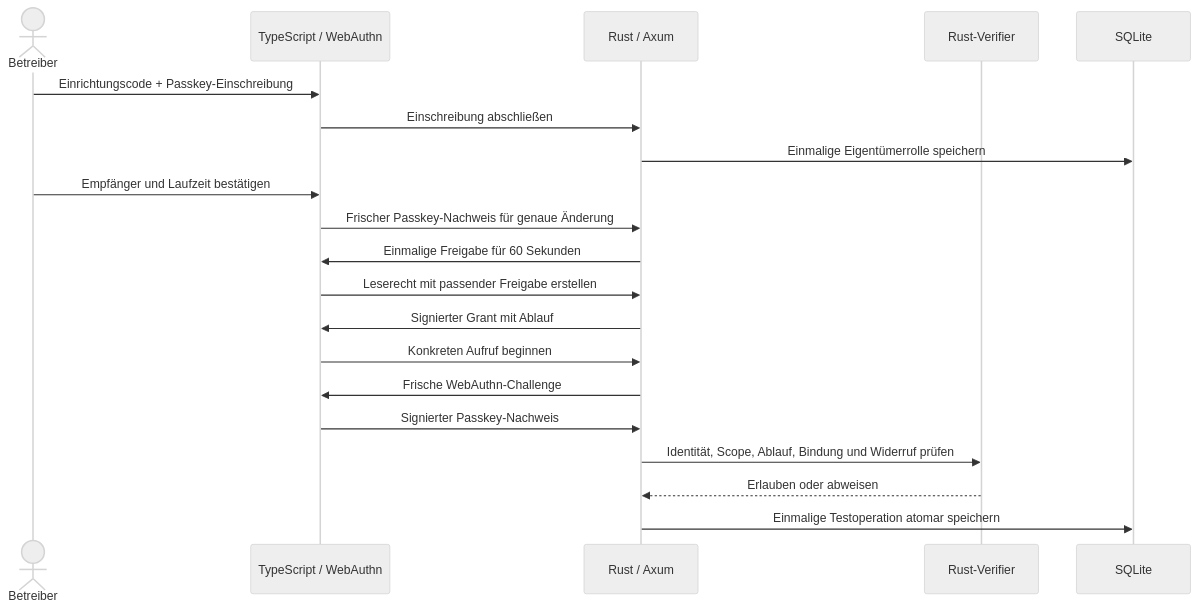
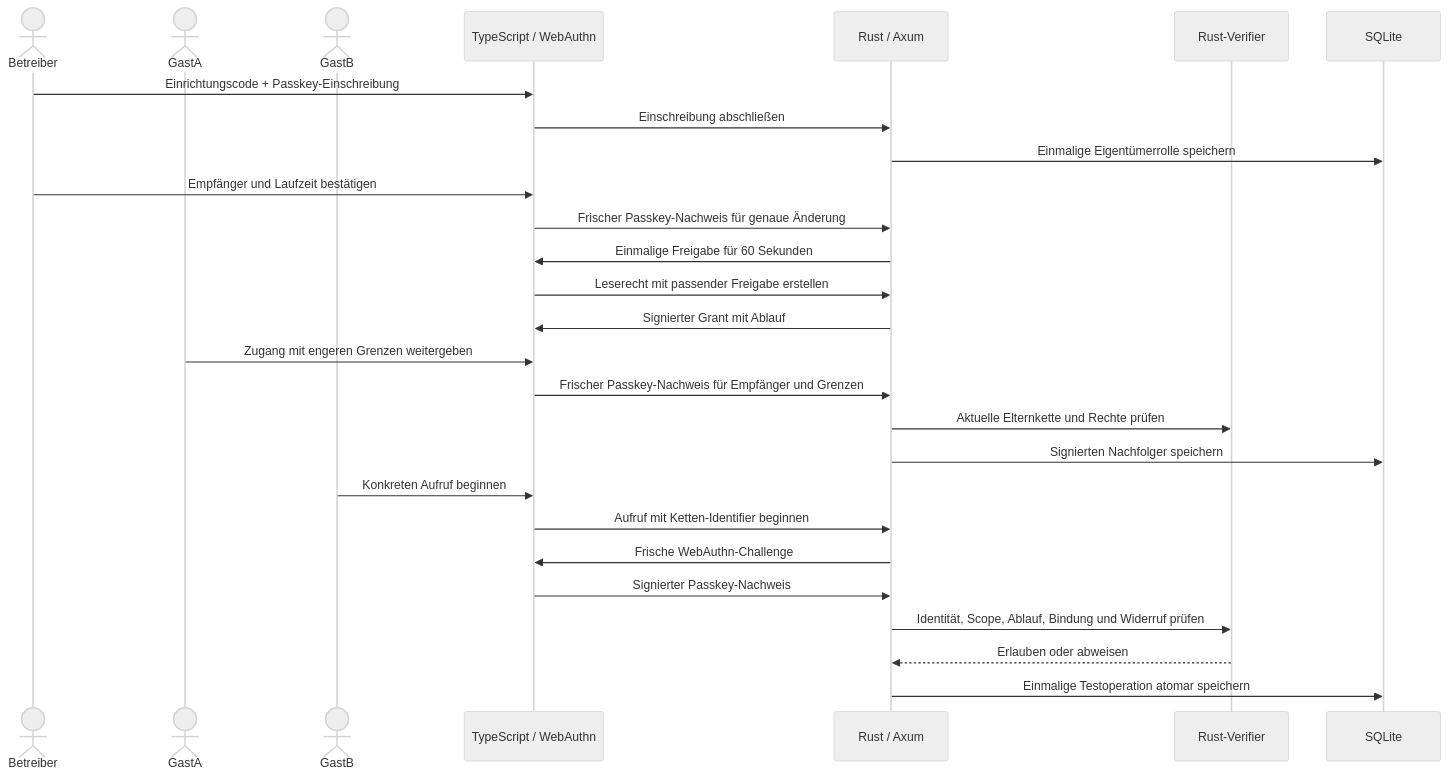
One commit to Supersynergy/HeavenKey changed the diagram in README.md. Above: the diagram before and after it, drawn with Mermaid (neutral theme). The commit also changed other lines of this file and 70 other files, not shown here.

````diff
--- a/README.md
+++ b/README.md
@@ -71,22 +71,29 @@
 ```mermaid
 sequenceDiagram
     actor Betreiber
+    actor GastA
+    actor GastB
     participant B as TypeScript / WebAuthn
     participant A as Rust / Axum
     participant V as Rust-Verifier
     participant D as SQLite
     Betreiber->>B: Einrichtungscode + Passkey-Einschreibung
     B->>A: Einschreibung abschließen
     A->>D: Einmalige Eigentümerrolle speichern
     Betreiber->>B: Empfänger und Laufzeit bestätigen
     B->>A: Frischer Passkey-Nachweis für genaue Änderung
     A->>B: Einmalige Freigabe für 60 Sekunden
     B->>A: Leserecht mit passender Freigabe erstellen
     A->>B: Signierter Grant mit Ablauf
-    B->>A: Konkreten Aufruf beginnen
+    GastA->>B: Zugang mit engeren Grenzen weitergeben
+    B->>A: Frischer Passkey-Nachweis für Empfänger und Grenzen
+    A->>V: Aktuelle Elternkette und Rechte prüfen
+    A->>D: Signierten Nachfolger speichern
+    GastB->>B: Konkreten Aufruf beginnen
+    B->>A: Aufruf mit Ketten-Identifier beginnen
     A->>B: Frische WebAuthn-Challenge
     B->>A: Signierter Passkey-Nachweis
     A->>V: Identität, Scope, Ablauf, Bindung und Widerruf prüfen
     V-->>A: Erlauben oder abweisen
     A->>D: Einmalige Testoperation atomar speichern
 ```
````
